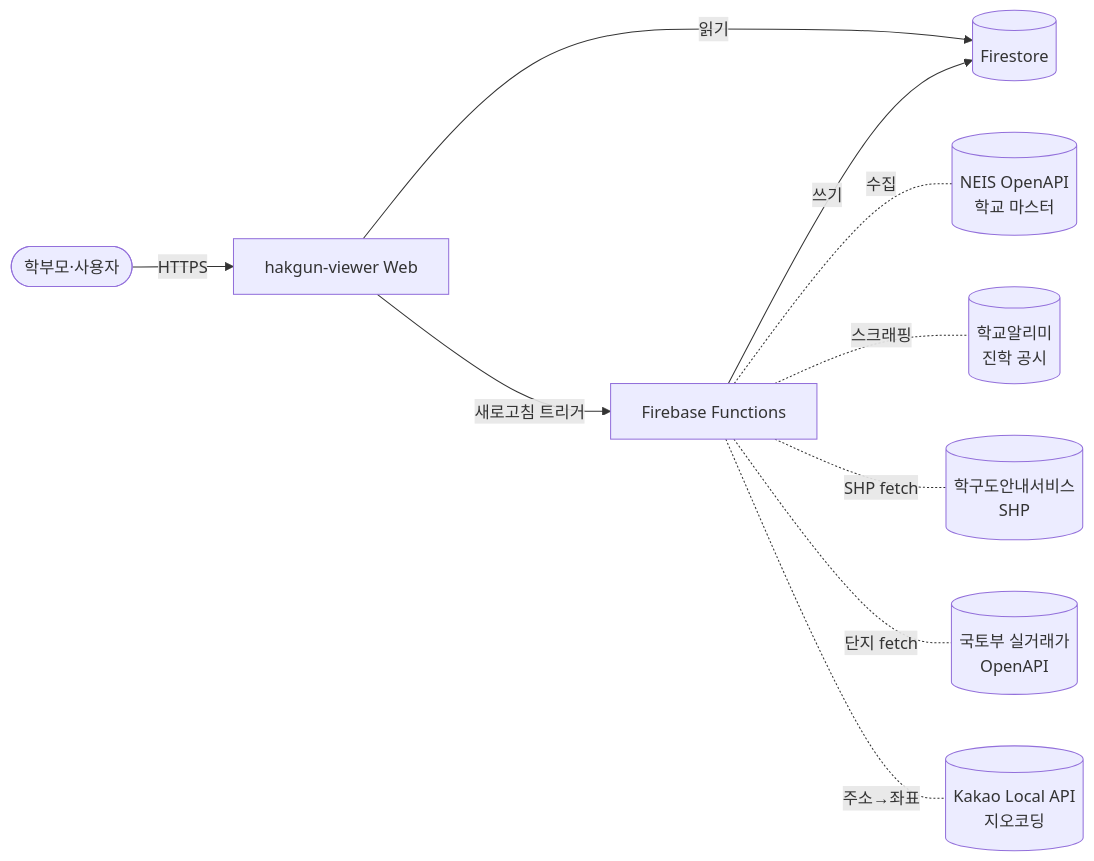
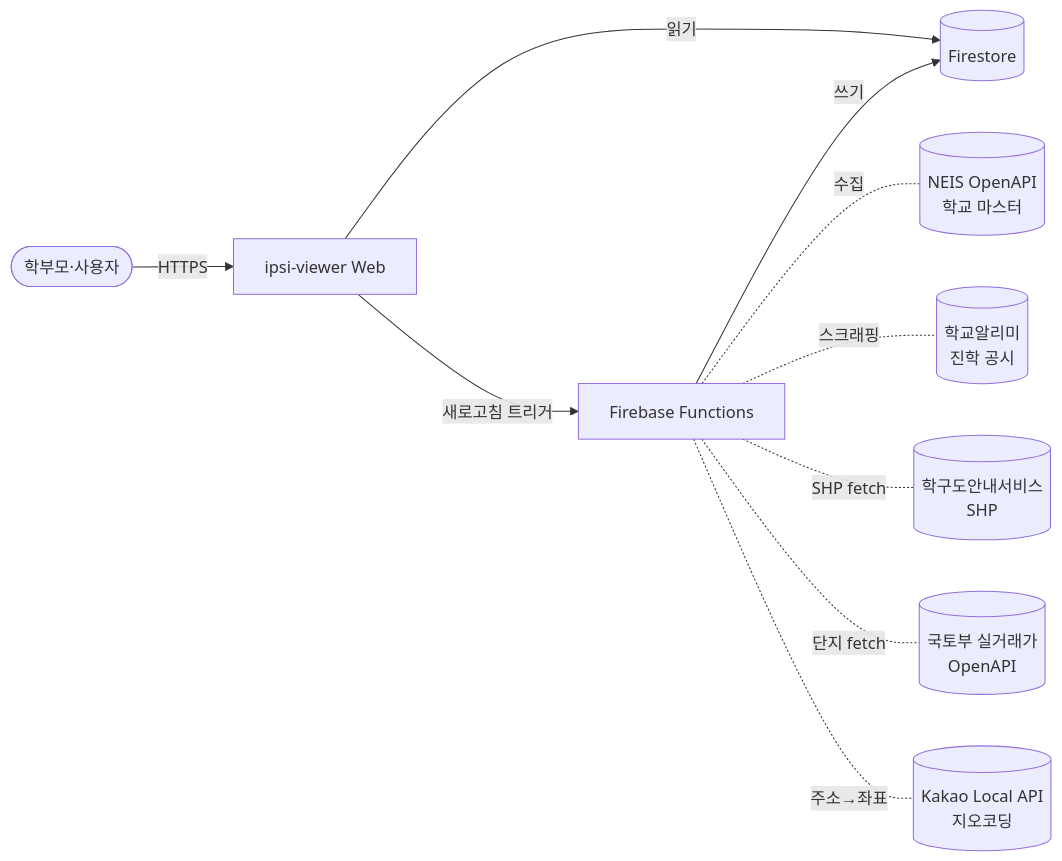
The first of 4 diagrams in docs/02-architecture.md (simsimhugh/ipsi-viewer), drawn with Mermaid before and after one commit. The commit also changed 10 other files, not shown here.

First line of the commit message:
feat: rename hakgun-viewer → ipsi-viewer + 필터 localStorage 영속화

````diff
--- a/docs/02-architecture.md
+++ b/docs/02-architecture.md
@@ -5,24 +5,24 @@
 ```mermaid
 flowchart LR
   User([학부모·사용자])
-  Web[hakgun-viewer Web]
+  Web[ipsi-viewer Web]
   Firestore[(Firestore)]
   Functions[Firebase Functions]
 
   NEIS[(NEIS OpenAPI<br/>학교 마스터)]
   SchoolInfo[(학교알리미<br/>진학 공시)]
   SchoolZone[(학구도안내서비스<br/>SHP)]
   MOLIT[(국토부 실거래가<br/>OpenAPI)]
   Kakao[(Kakao Local API<br/>지오코딩)]
 
   User -- HTTPS --> Web
   Web -- 읽기 --> Firestore
   Web -- 새로고침 트리거 --> Functions
   Functions -- 쓰기 --> Firestore
 
   Functions -.수집.- NEIS
   Functions -.스크래핑.- SchoolInfo
   Functions -.SHP fetch.- SchoolZone
   Functions -.단지 fetch.- MOLIT
   Functions -.주소→좌표.- Kakao
 ```
````
